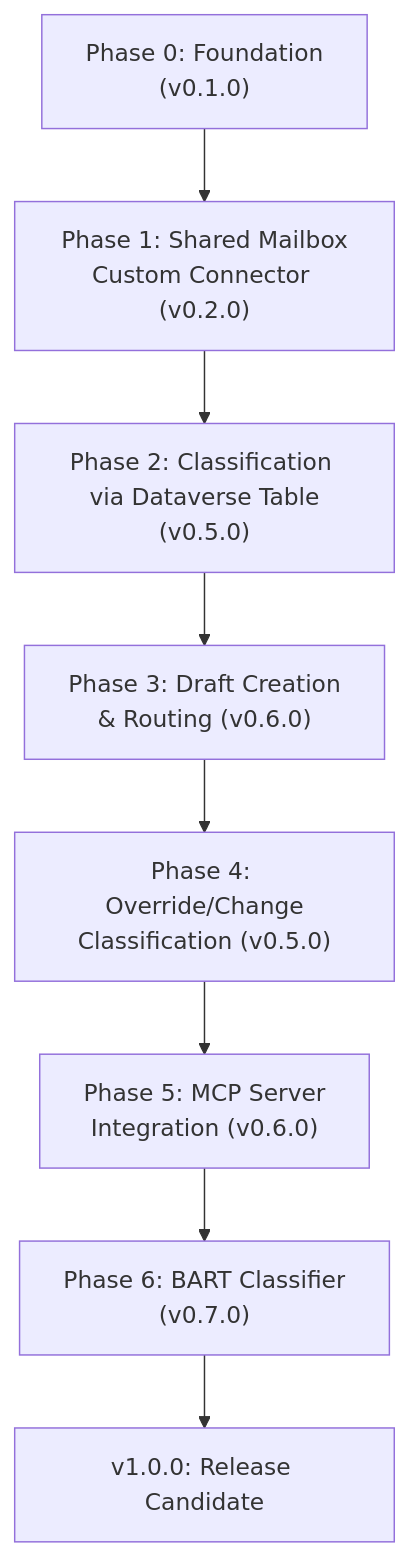
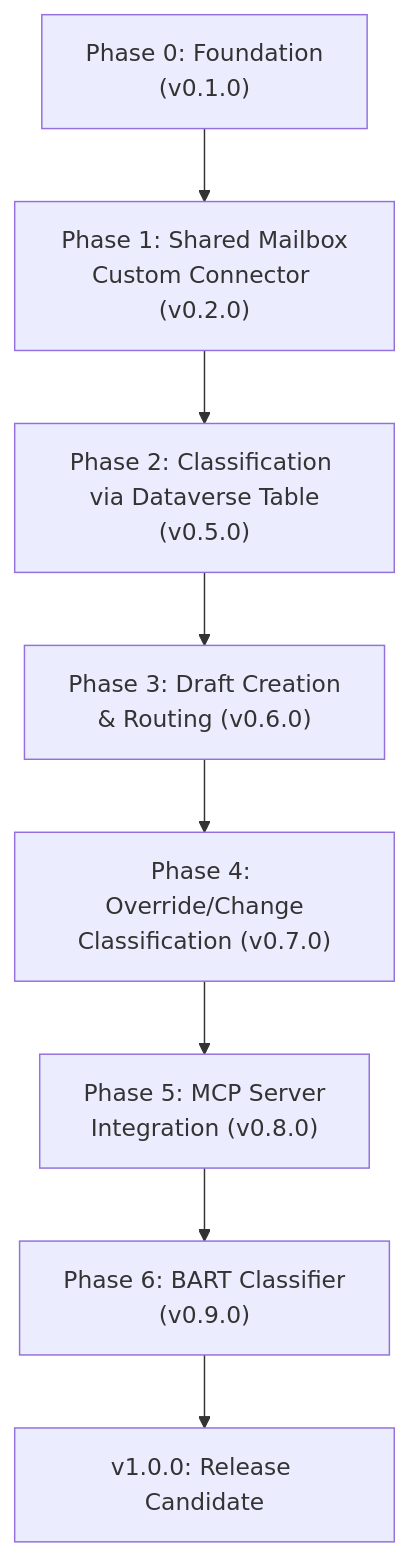
The diagram in docs/implementation-plan.md (holgerimbery/bridge365), drawn with Mermaid before and after one commit. The commit also changed other lines of this file and 2 other files, not shown here.

Commit message:
docs: fix stale version references
- README.md and docs/status.md footers still said v0.5.7 even though
  CHANGELOG.md's latest entry is v0.6.2 - bumped both to v0.6.2.
- docs/implementation-plan.md's Phase 4/5/6 version tags (v0.5.0,
  v0.6.0, v0.7.0) duplicated Phase 2/3's already-shipped versions
  instead of the actual roadmap slots (v0.7.0, v0.8.0, v0.9.0) used
  in docs/status.md and the new promo site - corrected the mermaid
  diagram and section headings to match.

````diff
--- a/docs/implementation-plan.md
+++ b/docs/implementation-plan.md
@@ -19,10 +19,10 @@
 ```mermaid
 graph TD
     A["Phase 0: Foundation<br/>(v0.1.0)"] --> B["Phase 1: Shared Mailbox<br/>Custom Connector (v0.2.0)"]
     B --> C["Phase 2: Classification via Dataverse Table<br/>(v0.5.0)"]
     C --> D["Phase 3: Draft Creation<br/>& Routing (v0.6.0)"]
-    D --> E["Phase 4: Override/Change<br/>Classification (v0.5.0)"]
-    E --> F["Phase 5: MCP Server<br/>Integration (v0.6.0)"]
-    F --> G["Phase 6: BART Classifier<br/>(v0.7.0)"]
+    D --> E["Phase 4: Override/Change<br/>Classification (v0.7.0)"]
+    E --> F["Phase 5: MCP Server<br/>Integration (v0.8.0)"]
+    F --> G["Phase 6: BART Classifier<br/>(v0.9.0)"]
     G --> H["v1.0.0: Release Candidate"]
 ```
````
